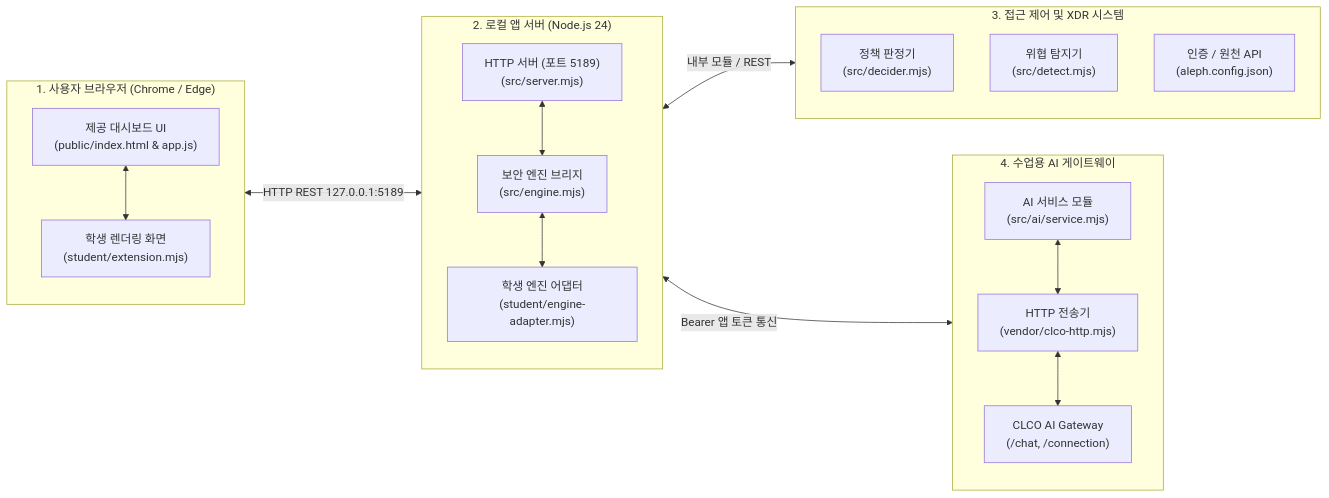
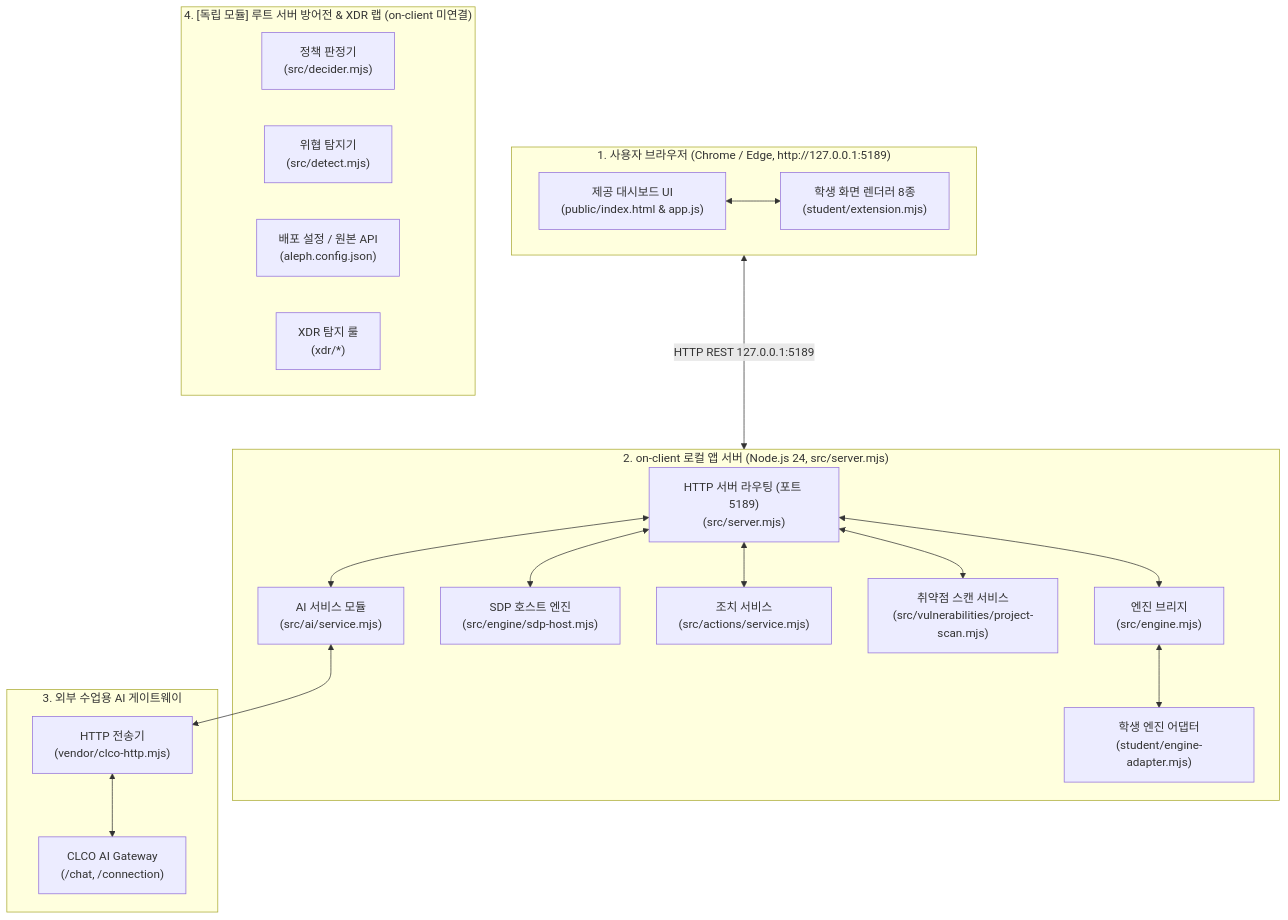
The diagram in docs/STUDENT_RUNBOOK.md (User-shin0328/choi-bujang-secret-vault), drawn with Mermaid before and after one commit. The commit also changed other lines of this file and 1 other file, not shown here.

````diff
--- a/docs/STUDENT_RUNBOOK.md
+++ b/docs/STUDENT_RUNBOOK.md
@@ -92,34 +92,41 @@
 ```mermaid
-flowchart LR
-    subgraph Browser ["1. 사용자 브라우저 (Chrome / Edge)"]
+flowchart TD
+    subgraph Browser ["1. 사용자 브라우저 (Chrome / Edge, http://127.0.0.1:5189)"]
         UI["제공 대시보드 UI<br/>(public/index.html & app.js)"]
-        SV["학생 렌더링 화면<br/>(student/extension.mjs)"]
+        SV["학생 화면 렌더러 8종<br/>(student/extension.mjs)"]
         UI <--> SV
     end
 
-    subgraph LocalServer ["2. 로컬 앱 서버 (Node.js 24)"]
-        SRV["HTTP 서버 (포트 5189)<br/>(src/server.mjs)"]
-        ENG["보안 엔진 브리지<br/>(src/engine.mjs)"]
+    subgraph LocalAppServer ["2. on-client 로컬 앱 서버 (Node.js 24, src/server.mjs)"]
+        SRV["HTTP 서버 라우팅 (포트 5189)<br/>(src/server.mjs)"]
+        ENG["엔진 브리지<br/>(src/engine.mjs)"]
+        SDP["SDP 호스트 엔진<br/>(src/engine/sdp-host.mjs)"]
+        ACT["조치 서비스<br/>(src/actions/service.mjs)"]
+        VULN["취약점 스캔 서비스<br/>(src/vulnerabilities/project-scan.mjs)"]
+        AISVC["AI 서비스 모듈<br/>(src/ai/service.mjs)"]
         ADPT["학생 엔진 어댑터<br/>(student/engine-adapter.mjs)"]
+
         SRV <--> ENG
+        SRV <--> SDP
+        SRV <--> ACT
+        SRV <--> VULN
+        SRV <--> AISVC
         ENG <--> ADPT
     end
 
-    subgraph DefenseXDR ["3. 접근 제어 및 XDR 시스템"]
-        DEC["정책 판정기<br/>(src/decider.mjs)"]
-        DET["위협 탐지기<br/>(src/detect.mjs)"]
-        AUTH["인증 / 원천 API<br/>(aleph.config.json)"]
-    end
-
-    subgraph AIGateway ["4. 수업용 AI 게이트웨이"]
-        AISVC["AI 서비스 모듈<br/>(src/ai/service.mjs)"]
+    subgraph ExternalAI ["3. 외부 수업용 AI 게이트웨이"]
         HTTP["HTTP 전송기<br/>(vendor/clco-http.mjs)"]
         GATEWAY["CLCO AI Gateway<br/>(/chat, /connection)"]
         AISVC <--> HTTP
         HTTP <--> GATEWAY
     end
 
-    Browser <-->|HTTP REST 127.0.0.1:5189| LocalServer
-    LocalServer <-->|내부 모듈 / REST| DefenseXDR
-    LocalServer <-->|Bearer 앱 토큰 통신| AIGateway
+    subgraph IndependentRoot ["4. [독립 모듈] 루트 서버 방어전 & XDR 랩 (on-client 미연결)"]
+        DEC["정책 판정기<br/>(src/decider.mjs)"]
+        DET["위협 탐지기<br/>(src/detect.mjs)"]
+        CONF["배포 설정 / 원본 API<br/>(aleph.config.json)"]
+        XDRRULES["XDR 탐지 룰<br/>(xdr/*)"]
+    end
+
+    Browser <-->|HTTP REST 127.0.0.1:5189| LocalAppServer
 ```
````
